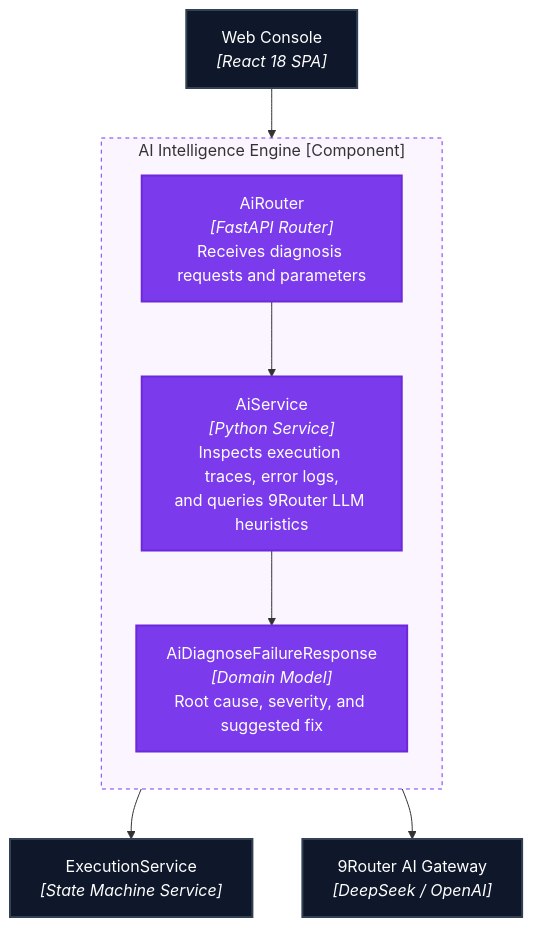
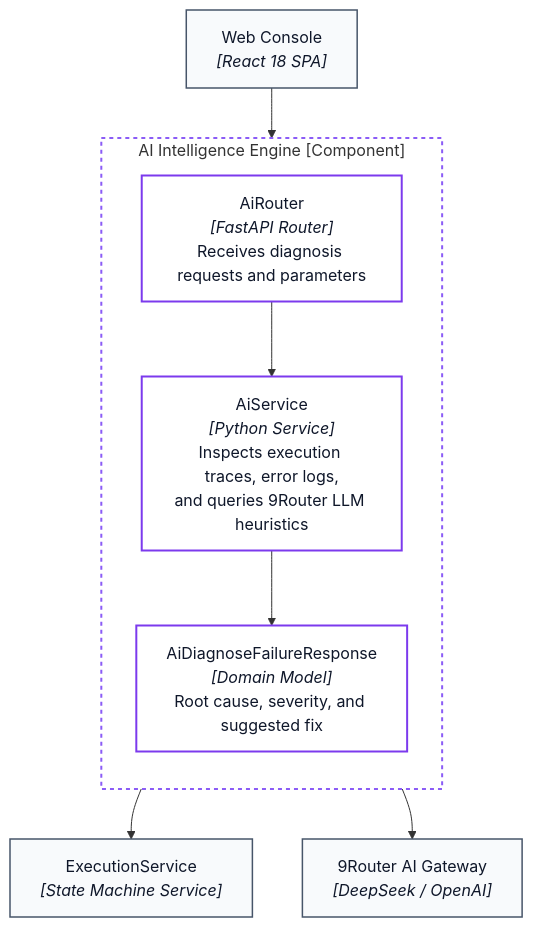
Before and after one commit to AnCoder1310/FlowForge: the seventh of 11 diagrams in README.md, drawn with Mermaid. The commit also changed other lines of this file and 3 other files, not shown here.

Commit message:
docs & diagrams: redraw architecture diagrams to clean light theme and update README

````diff
--- a/README.md
+++ b/README.md
@@ -679,26 +681,26 @@
 ```mermaid
 flowchart TB
     subgraph aiEngine["AI Intelligence Engine [Component]"]
         direction TB
         aiRouter["AiRouter<br/><i>[FastAPI Router]</i><br/>Receives diagnosis requests and parameters"]
         aiService["AiService<br/><i>[Python Service]</i><br/>Inspects execution traces, error logs,<br/>and queries 9Router LLM heuristics"]
         diagModel["AiDiagnoseFailureResponse<br/><i>[Domain Model]</i><br/>Root cause, severity, and suggested fix"]
 
         aiRouter --> aiService
         aiService --> diagModel
     end
 
     web["Web Console<br/><i>[React 18 SPA]</i>"]
     execService["ExecutionService<br/><i>[State Machine Service]</i>"]
     llm["9Router AI Gateway<br/><i>[DeepSeek / OpenAI]</i>"]
 
     web --> aiRouter
     aiService --> execService
     aiService --> llm
 
-    classDef aiComp fill:#7c3aed,color:#fff,stroke:#6d28d9,stroke-width:2px;
-    classDef extBox fill:#0f172a,color:#fff,stroke:#334155,stroke-width:2px;
+    classDef aiComp fill:#ffffff,color:#0f172a,stroke:#7c3aed,stroke-width:2px;
+    classDef extBox fill:#f8fafc,color:#0f172a,stroke:#475569,stroke-width:1.5px;
     class aiRouter,aiService,diagModel aiComp
     class web,execService,llm extBox
-    style aiEngine fill:#faf5ff,stroke:#7c3aed,stroke-dasharray:4 4
+    style aiEngine fill:#ffffff,stroke:#8b5cf6,stroke-width:2px,stroke-dasharray:4 4
 ```
````
